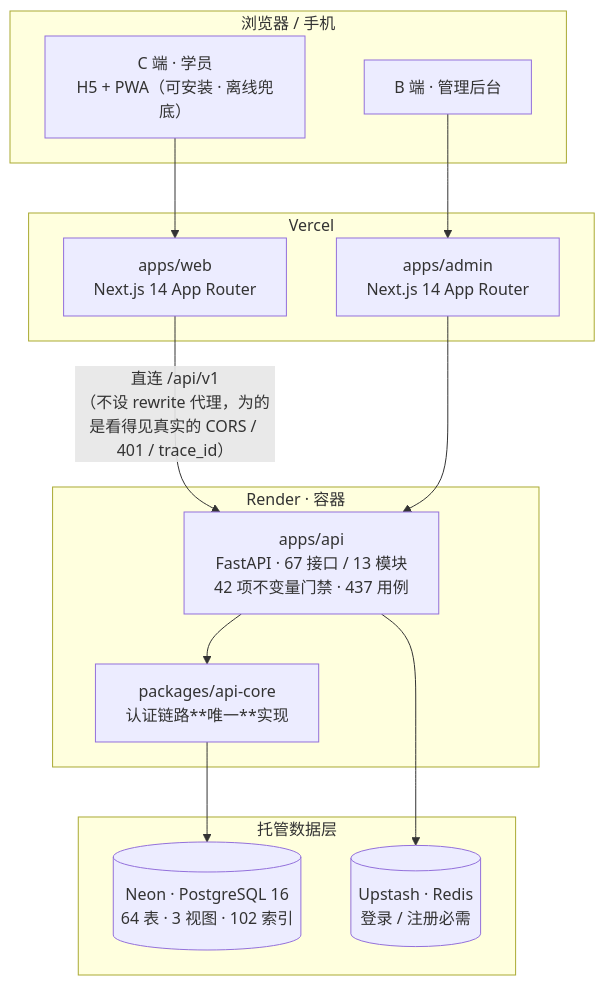
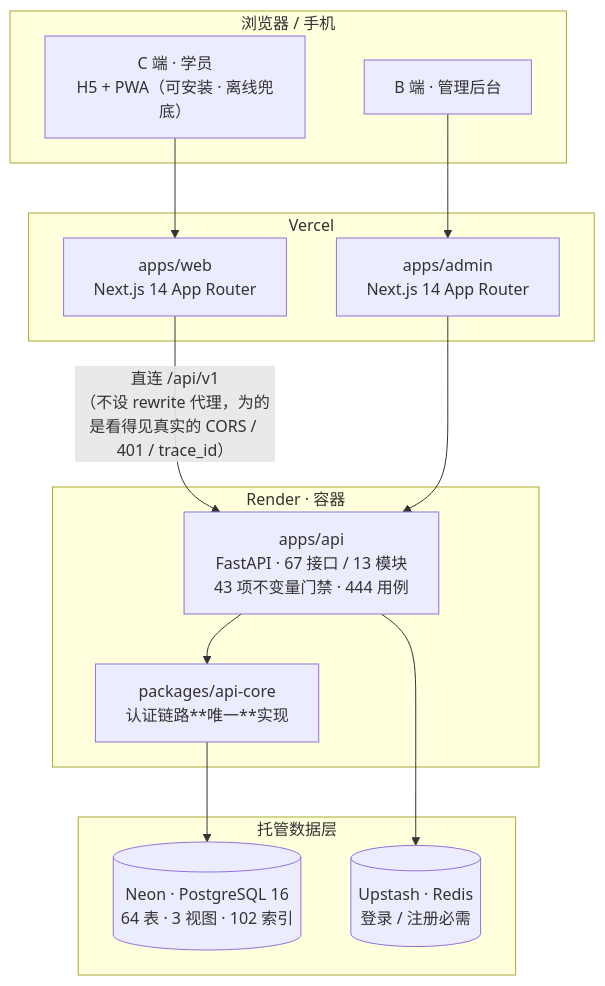
One commit to windsleep1/yijian-platform changed the diagram in README.md. Above: the diagram before and after it, drawn with Mermaid. The commit also changed other lines of this file and 17 other files, not shown here.

````diff
--- a/README.md
+++ b/README.md
@@ -37,30 +37,30 @@
 ```mermaid
 flowchart TB
     subgraph client["浏览器 / 手机"]
         A["C 端 · 学员<br/>H5 + PWA（可安装 · 离线兜底）"]
         B["B 端 · 管理后台"]
     end
 
     subgraph fe["Vercel"]
         W["apps/web<br/>Next.js 14 App Router"]
         D["apps/admin<br/>Next.js 14 App Router"]
     end
 
     subgraph be["Render · 容器"]
-        API["apps/api<br/>FastAPI · 67 接口 / 13 模块<br/>42 项不变量门禁 · 437 用例"]
+        API["apps/api<br/>FastAPI · 67 接口 / 13 模块<br/>43 项不变量门禁 · 444 用例"]
         CORE["packages/api-core<br/>认证链路**唯一**实现"]
     end
 
     subgraph data["托管数据层"]
         PG[("Neon · PostgreSQL 16<br/>64 表 · 3 视图 · 102 索引")]
         RD[("Upstash · Redis<br/>登录 / 注册必需")]
     end
 
     A --> W
     B --> D
     W -->|"直连 /api/v1<br/>（不设 rewrite 代理，为的是看得见真实的 CORS / 401 / trace_id）"| API
     D --> API
     API --> CORE
     CORE --> PG
     API --> RD
 ```
````
